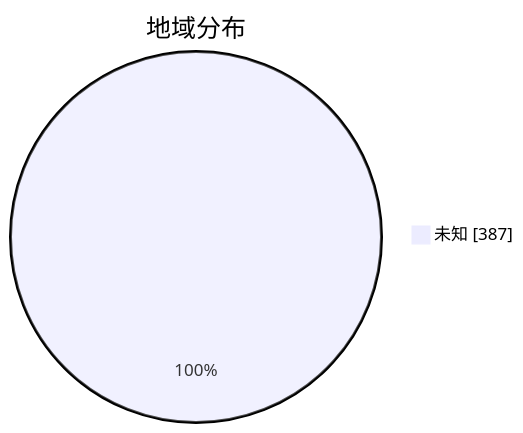
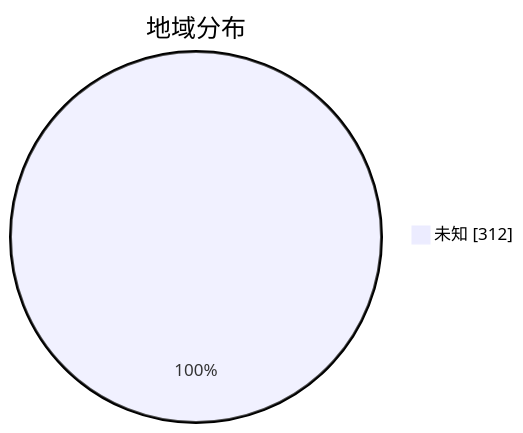
Before and after one commit to qjlxg/airport: the second of 3 diagrams in subs/statistics/tested_within.md, drawn with Mermaid. The commit also changed other lines of this file and 2 other files, not shown here.

````diff
--- a/subs/statistics/tested_within.md
+++ b/subs/statistics/tested_within.md
@@ -14,5 +14,5 @@
 ```mermaid
 pie showData
 title 地域分布
-"未知" : 387
+"未知" : 312
 ```
````
